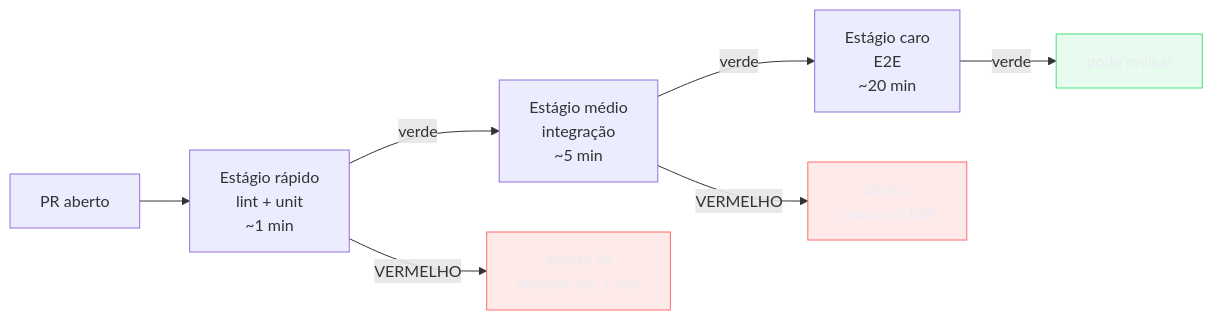
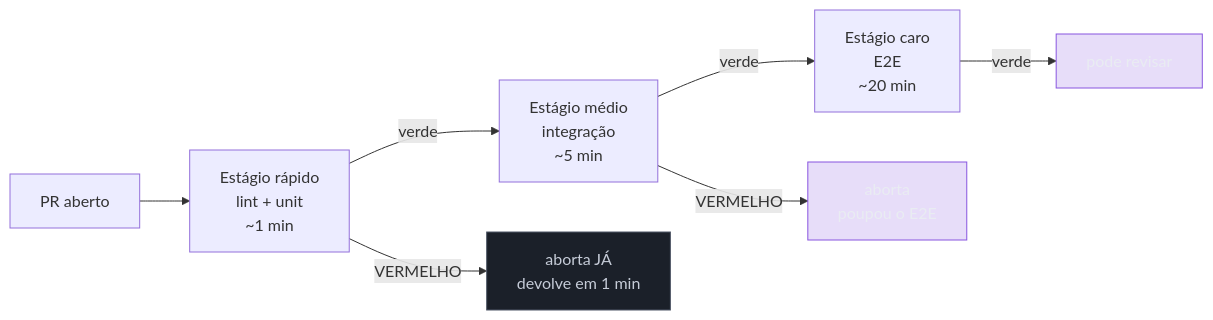
One commit to josenaldo/codex-technomanticus changed the fourth of 8 diagrams in 03-Dominios/Engenharia/Testes/15 - Testes em CI-CD.md. Above: the diagram before and after it, drawn with Mermaid. The commit also changed other lines of this file and 601 other files, not shown here.

````diff
--- a/03-Dominios/Engenharia/Testes/15 - Testes em CI-CD.md
+++ b/03-Dominios/Engenharia/Testes/15 - Testes em CI-CD.md
@@ -151,14 +151,14 @@
 ```mermaid
 flowchart LR
-    classDef falha fill:#FF6B6B24,stroke:#FF6B6B,color:#E9ECF2
-    classDef ok fill:#4ADE8021,stroke:#4ADE80,color:#E9ECF2
+    classDef marca fill:#8855DF33,stroke:#8855DF,color:#E9ECF2
+    classDef neutro fill:#1B2029,stroke:#4E5666,color:#C6CCD8
     P["PR aberto"] --> S1["Estágio rápido<br/>lint + unit<br/>~1 min"]
     S1 -->|verde| S2["Estágio médio<br/>integração<br/>~5 min"]
     S1 -->|VERMELHO| X1["aborta JÁ<br/>devolve em 1 min"]
     S2 -->|verde| S3["Estágio caro<br/>E2E<br/>~20 min"]
     S2 -->|VERMELHO| X2["aborta<br/>poupou o E2E"]
     S3 -->|verde| OK["pode revisar"]
-    class X1 falha
-    class X2 falha
-    class OK ok
+    class X1 neutro
+    class X2 marca
+    class OK marca
 ```
````
